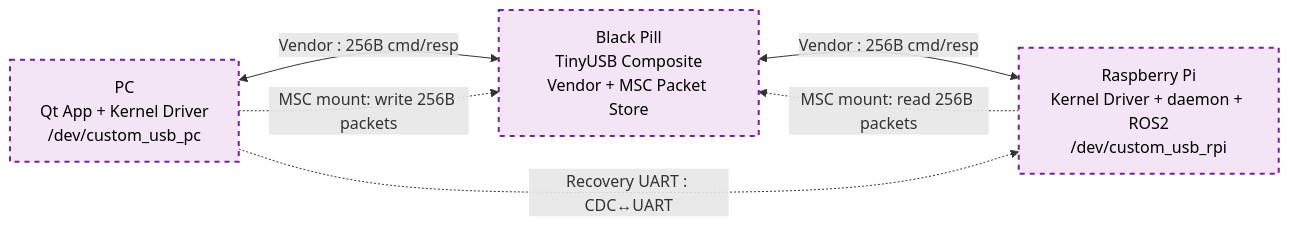
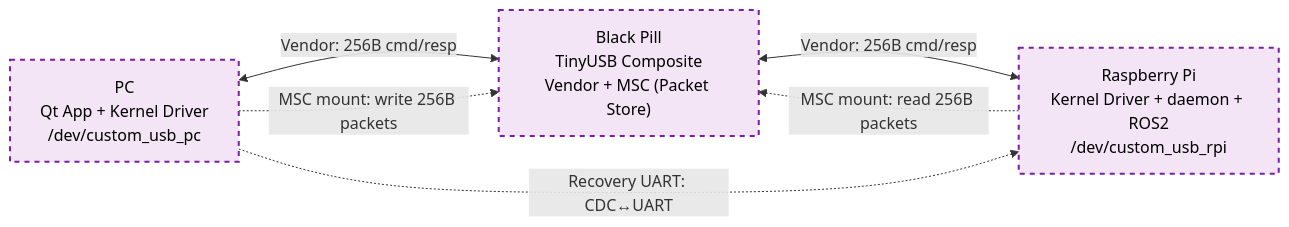
Before and after one commit to ChangHoiAn/example: the first of 5 diagrams in README.md, drawn with Mermaid. The commit also changed other lines of this file, not shown here.

````diff
--- a/README.md
+++ b/README.md
@@ -37,25 +37,25 @@
 ```mermaid
 %%{init: {"themeVariables": {"fontSize": "16px"}, "flowchart": {"useMaxWidth": true, "nodeSpacing": 45, "rankSpacing": 60, "diagramPadding": 8}}}%%
 flowchart LR
     classDef pc fill:#e3f2fd,stroke:#1565c0,stroke-width:2px,color:black;
     classDef mcu fill:#fff9c4,stroke:#fbc02d,stroke-width:2px,color:black;
     classDef rpi fill:#e8f5e9,stroke:#2e7d32,stroke-width:2px,color:black;
     classDef usb fill:#f3e5f5,stroke:#7b1fa2,stroke-width:2px,stroke-dasharray: 5 5,color:black;
 
-    PC[PC\nQt App + Kernel Driver\n/dev/custom_usb_pc]
-    MCU[Black Pill\nTinyUSB Composite\nVendor + MSC Packet Store]
-    RPI[Raspberry Pi\nKernel Driver + daemon + ROS2\n/dev/custom_usb_rpi]
+    PC["PC<br/>Qt App + Kernel Driver<br/>/dev/custom_usb_pc"]
+    MCU["Black Pill<br/>TinyUSB Composite<br/>Vendor + MSC (Packet Store)"]
+    RPI["Raspberry Pi<br/>Kernel Driver + daemon + ROS2<br/>/dev/custom_usb_rpi"]
 
-    PC  <--> |Vendor : 256B cmd/resp| MCU
-    MCU <--> |Vendor : 256B cmd/resp| RPI
+    PC  <--> |Vendor: 256B cmd/resp| MCU
+    MCU <--> |Vendor: 256B cmd/resp| RPI
 
     PC  -.-> |MSC mount: write 256B packets| MCU
     RPI -.-> |MSC mount: read 256B packets| MCU
 
-    PC  -.-> |Recovery UART : CDC↔UART| RPI
+    PC  -.-> |Recovery UART: CDC↔UART| RPI
 
     class PC pc;
     class MCU mcu;
     class RPI rpi;
     class PC,MCU,RPI usb;
 ```
````
